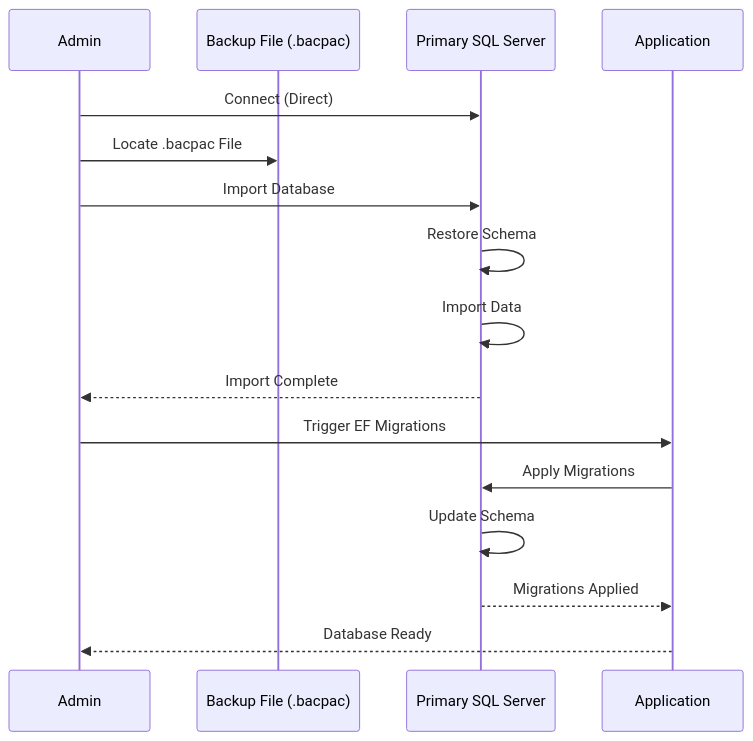
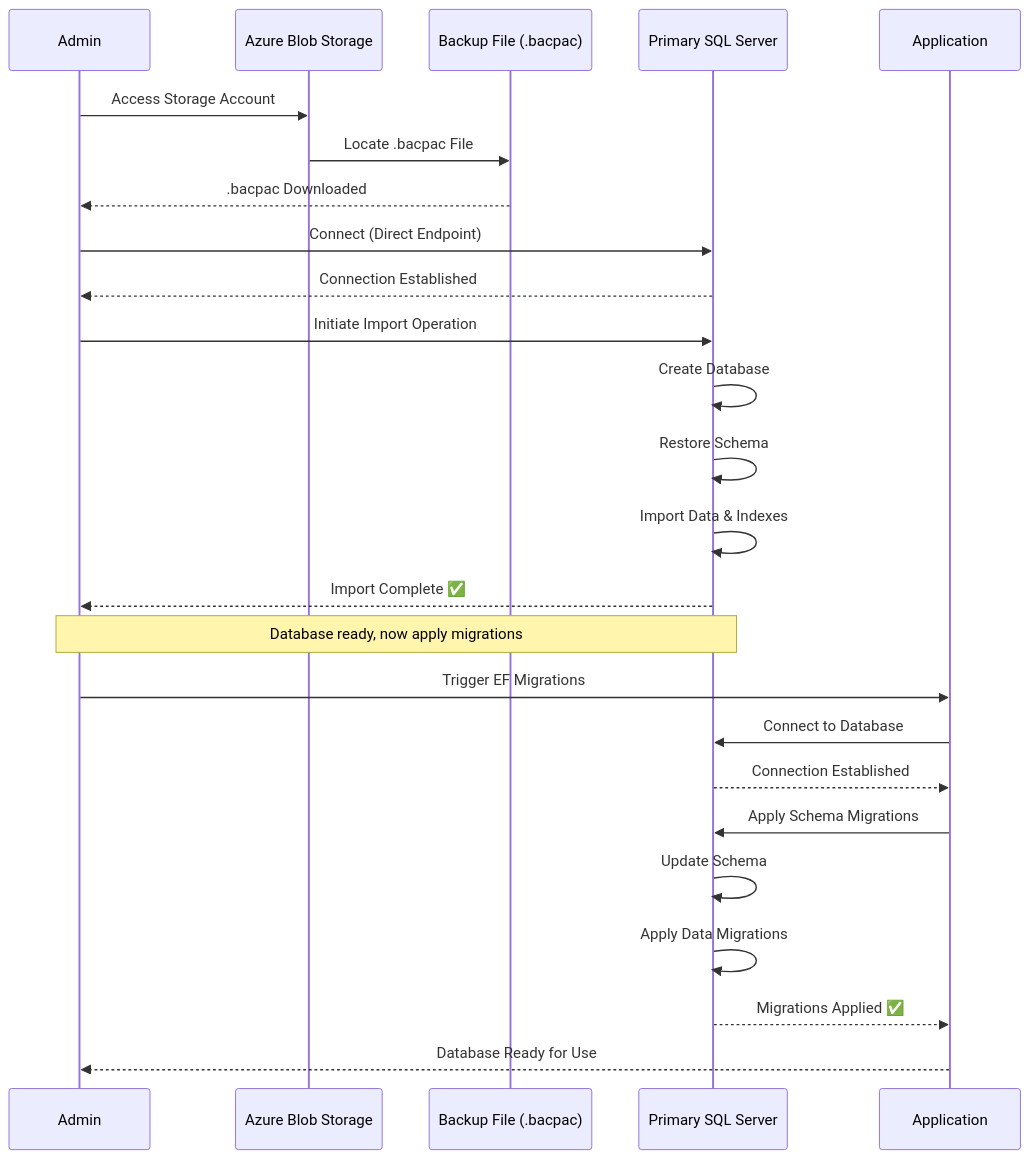
One commit to NguyenPhamCode4You/ai-home-lab-docker-compose changed the sixth of 8 diagrams in transcribe/Deployment-Azure-Prod.md. Above: the diagram before and after it, drawn with Mermaid. The commit also changed other lines of this file, not shown here.

````diff
--- a/transcribe/Deployment-Azure-Prod.md
+++ b/transcribe/Deployment-Azure-Prod.md
@@ -916,19 +916,33 @@
 ```mermaid
 sequenceDiagram
     participant Admin
+    participant Storage as Azure Blob Storage
     participant Backup as Backup File (.bacpac)
     participant Primary as Primary SQL Server
     participant App as Application
 
-    Admin->>Primary: Connect (Direct)
-    Admin->>Backup: Locate .bacpac File
-    Admin->>Primary: Import Database
+    Admin->>Storage: Access Storage Account
+    Storage->>Backup: Locate .bacpac File
+    Backup-->>Admin: .bacpac Downloaded
+
+    Admin->>Primary: Connect (Direct Endpoint)
+    Primary-->>Admin: Connection Established
+
+    Admin->>Primary: Initiate Import Operation
+
+    Primary->>Primary: Create Database
     Primary->>Primary: Restore Schema
-    Primary->>Primary: Import Data
-    Primary-->>Admin: Import Complete
+    Primary->>Primary: Import Data & Indexes
+    Primary-->>Admin: Import Complete ✅
+
+    Note over Admin,Primary: Database ready, now apply migrations
+
     Admin->>App: Trigger EF Migrations
-    App->>Primary: Apply Migrations
+    App->>Primary: Connect to Database
+    Primary-->>App: Connection Established
+    App->>Primary: Apply Schema Migrations
     Primary->>Primary: Update Schema
-    Primary-->>App: Migrations Applied
-    App-->>Admin: Database Ready
+    Primary->>Primary: Apply Data Migrations
+    Primary-->>App: Migrations Applied ✅
+    App-->>Admin: Database Ready for Use
 ```
````
